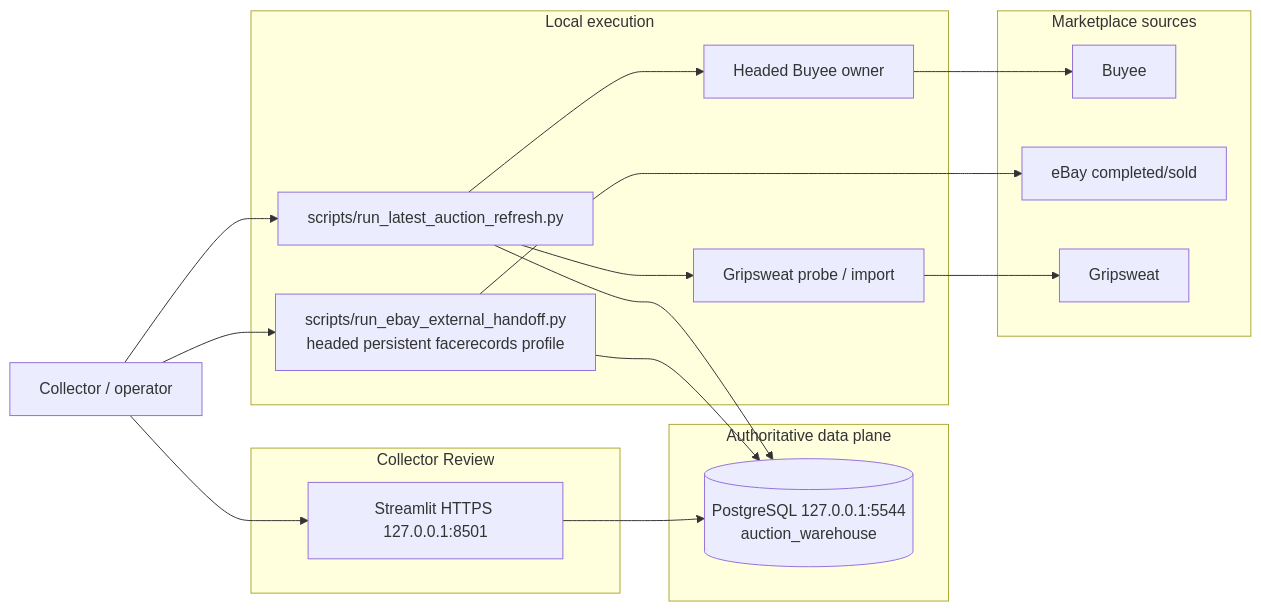
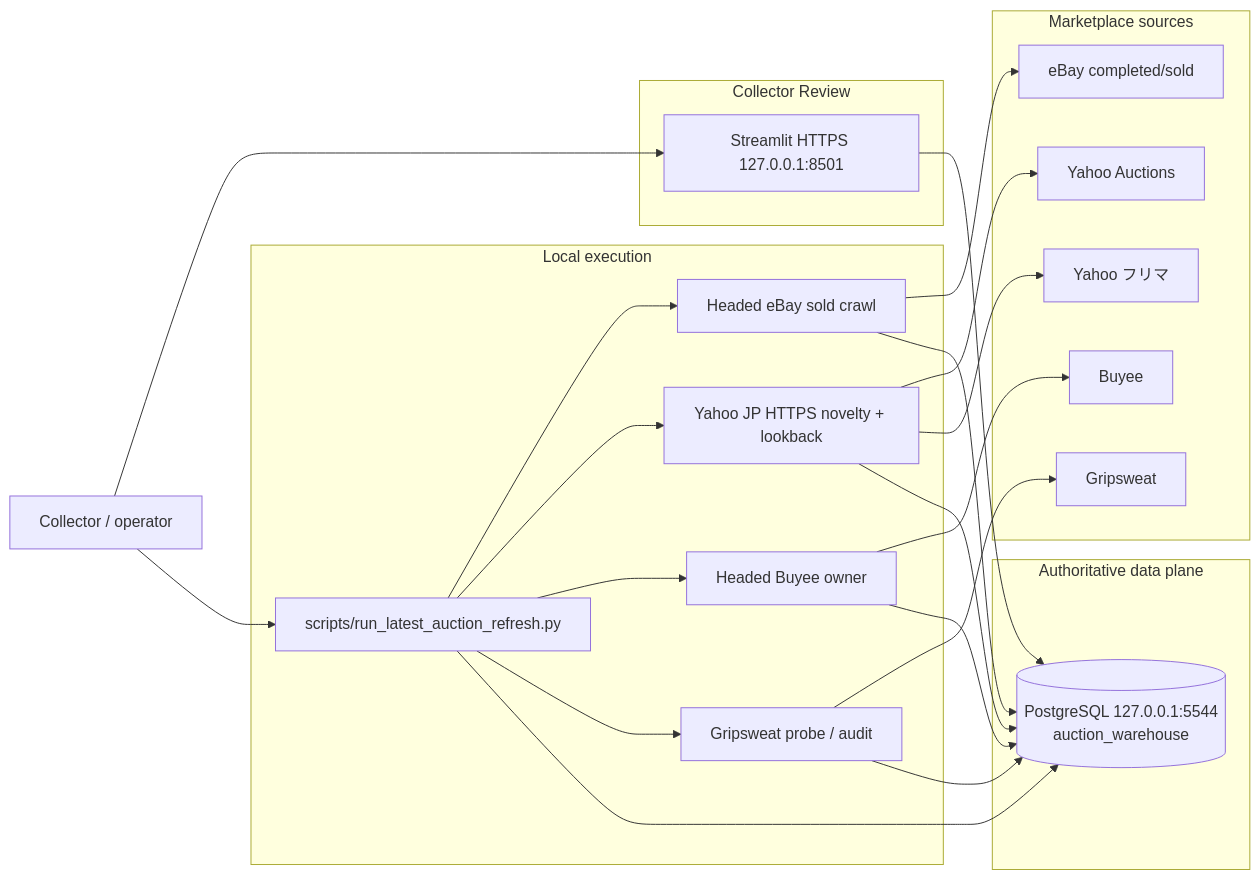
One commit to TomWang22/auction-etl changed the second of 6 diagrams in docs/ARCHITECTURE.md. Above: the diagram before and after it, drawn with Mermaid. The commit also changed other lines of this file and 9 other files, not shown here.

First line of the commit message:
Stop daily refresh at a PostgreSQL lookback floor across five marketplaces.

````diff
--- a/docs/ARCHITECTURE.md
+++ b/docs/ARCHITECTURE.md
@@ -34,37 +62,46 @@
 ```mermaid
 flowchart LR
     Operator["Collector / operator"]
 
     subgraph Review["Collector Review"]
         UI["Streamlit HTTPS 127.0.0.1:8501"]
     end
 
     subgraph Data["Authoritative data plane"]
         DB[("PostgreSQL 127.0.0.1:5544<br/>auction_warehouse")]
     end
 
     subgraph Execution["Local execution"]
-        EbayOp["scripts/run_ebay_external_handoff.py<br/>headed persistent facerecords profile"]
         Refresh["scripts/run_latest_auction_refresh.py"]
+        EbayOp["Headed eBay sold crawl"]
+        YahooJP["Yahoo JP HTTPS novelty + lookback"]
         BuyeeOwner["Headed Buyee owner"]
-        Gripsweat["Gripsweat probe / import"]
+        Gripsweat["Gripsweat probe / audit"]
     end
 
     subgraph Sources["Marketplace sources"]
-        Buyee["Buyee"]
         Ebay["eBay completed/sold"]
         Grip["Gripsweat"]
+        YahooA["Yahoo Auctions"]
+        YahooF["Yahoo フリマ"]
+        Buyee["Buyee"]
     end
 
     Operator --> UI
     UI --> DB
-    Operator --> EbayOp
-    EbayOp --> Ebay
-    EbayOp --> DB
     Operator --> Refresh
+    Refresh --> EbayOp
+    Refresh --> YahooJP
     Refresh --> BuyeeOwner
     Refresh --> Gripsweat
+    EbayOp --> Ebay
+    YahooJP --> YahooA
+    YahooJP --> YahooF
     BuyeeOwner --> Buyee
     Gripsweat --> Grip
+    EbayOp --> DB
+    YahooJP --> DB
+    BuyeeOwner --> DB
+    Gripsweat --> DB
     Refresh --> DB
 ```
````
